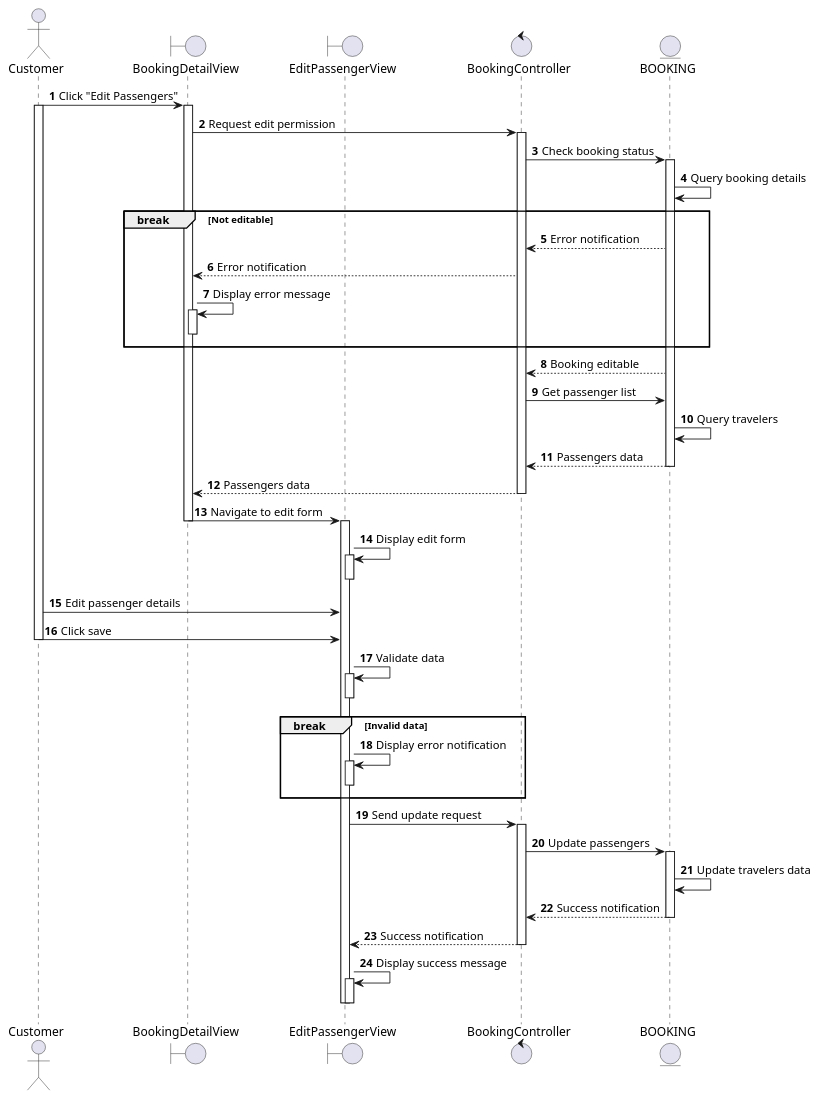
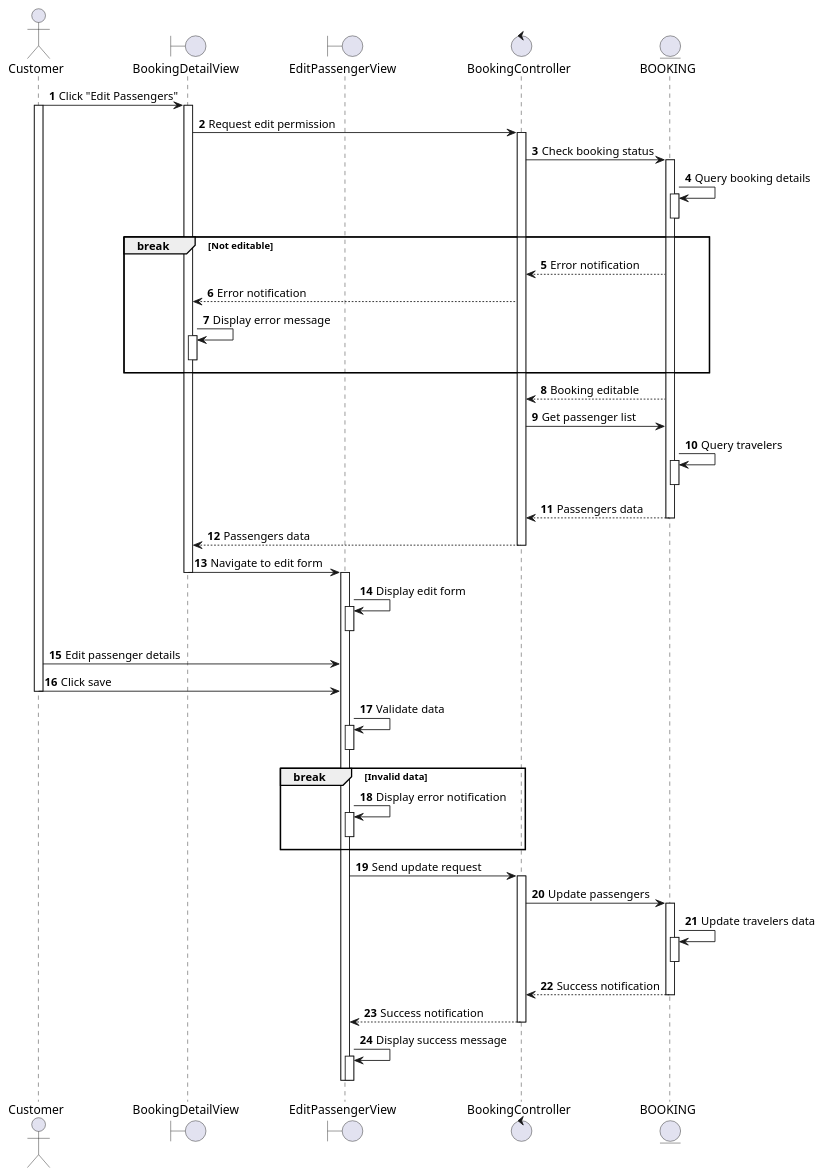
The diagram in docs/docs/sequence/manage-personal-booking/edit-upcoming-trip's-passenger-details.md (se113-wm/se113-wm.github.io), drawn with PlantUML before and after one commit. The commit also changed 37 other files, not shown here.

First line of the commit message:
Refactor sequence diagrams for booking and trip management

````diff
--- a/docs/docs/sequence/manage-personal-booking/edit-upcoming-trip's-passenger-details.md
+++ b/docs/docs/sequence/manage-personal-booking/edit-upcoming-trip's-passenger-details.md
@@ -3,70 +3,77 @@
 ```plantuml
 @startuml
 autonumber
 
 actor Customer as C
 boundary BookingDetailView as BDV
 boundary EditPassengerView as EPV
 control BookingController as BC
 entity BOOKING as B
 
 C -> BDV: Click "Edit Passengers"
 activate C
 activate BDV
 BDV -> BC: Request edit permission
 activate BC
 BC -> B: Check booking status
 activate B
 B -> B: Query booking details
+activate B
+deactivate B
+
 
 break Not editable
   BC <-- B: Error notification
   BDV <-- BC: Error notification
   BDV -> BDV: Display error message
   activate BDV
   deactivate BDV
 end
 
 BC <-- B: Booking editable
 BC -> B: Get passenger list
 B -> B: Query travelers
+activate B
+deactivate B
 BC <-- B: Passengers data
 deactivate B
 BDV <-- BC: Passengers data
 deactivate BC
 BDV -> EPV: Navigate to edit form
 deactivate BDV
 activate EPV
 EPV -> EPV: Display edit form
 activate EPV
 deactivate EPV
 
 C -> EPV: Edit passenger details
 C -> EPV: Click save
 deactivate C
 EPV -> EPV: Validate data
 activate EPV
 deactivate EPV
 
 break Invalid data
   EPV -> EPV: Display error notification
   activate EPV
   deactivate EPV
 end
 
 EPV -> BC: Send update request
 activate BC
 BC -> B: Update passengers
 activate B
 B -> B: Update travelers data
+activate B
+deactivate B
 BC <-- B: Success notification
 deactivate B
 EPV <-- BC: Success notification
 deactivate BC
 EPV -> EPV: Display success message
 activate EPV
 deactivate EPV
 deactivate EPV
 
 @enduml
 ```
````
